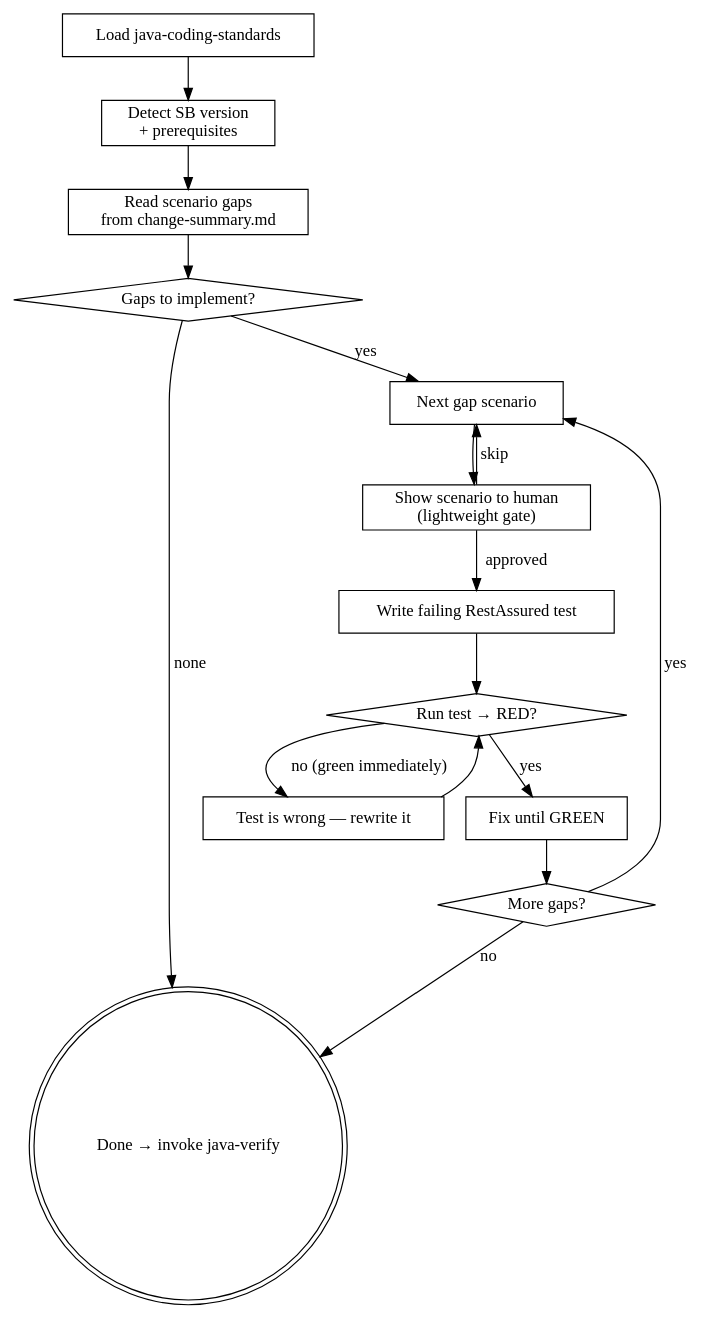
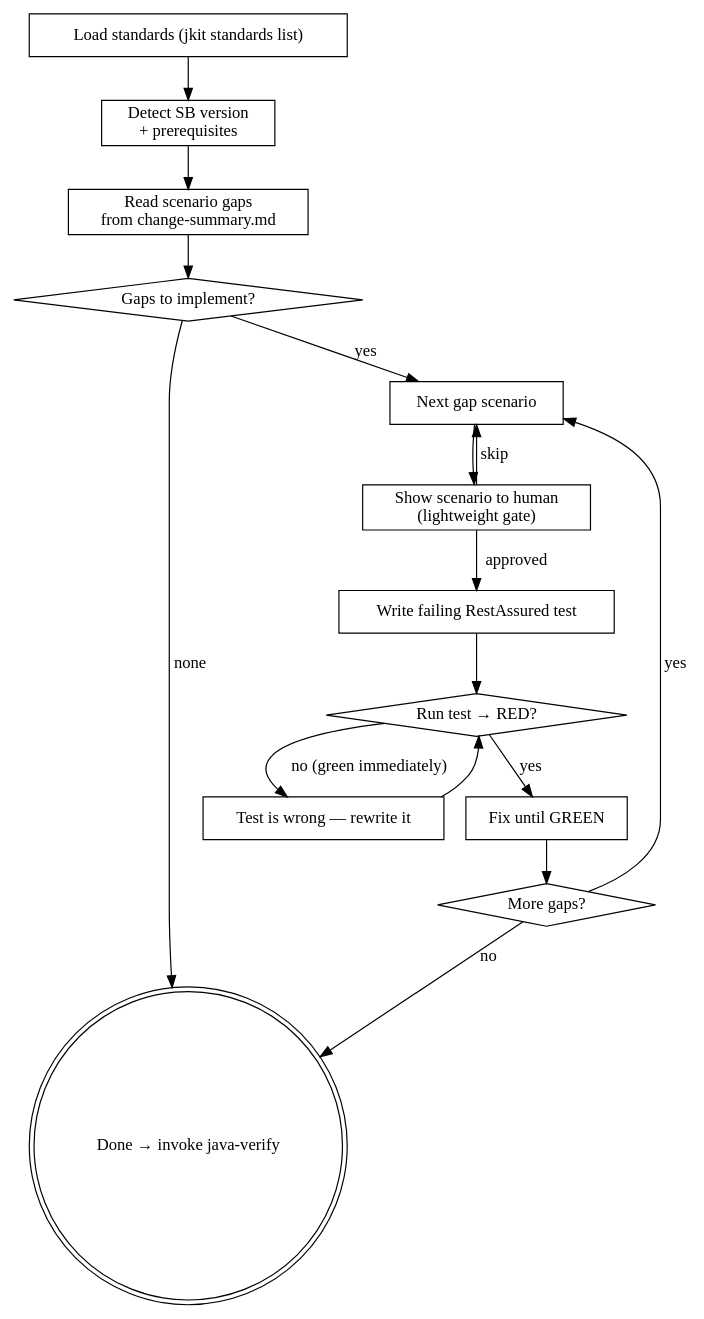
The first of 2 diagrams in docs/superpowers/specs/2026-04-21-jkit-iter3-quality-layer.md (honghaowuu/jkit), drawn with Graphviz before and after one commit. The commit also changed other lines of this file and 3 other files, not shown here.

First line of the commit message:
docs: update iter spec/plan citations to jkit standards list

````diff
--- a/docs/superpowers/specs/2026-04-21-jkit-iter3-quality-layer.md
+++ b/docs/superpowers/specs/2026-04-21-jkit-iter3-quality-layer.md
@@ -84,32 +84,32 @@
 ```dot
 digraph scenario_tdd {
-    "Load java-coding-standards" [shape=box];
+    "Load standards (jkit standards list)" [shape=box];
     "Detect SB version\n+ prerequisites" [shape=box];
     "Read scenario gaps\nfrom change-summary.md" [shape=box];
     "Gaps to implement?" [shape=diamond];
     "Done → invoke java-verify" [shape=doublecircle];
     "Next gap scenario" [shape=box];
     "Show scenario to human\n(lightweight gate)" [shape=box];
     "Write failing RestAssured test" [shape=box];
     "Run test → RED?" [shape=diamond];
     "Test is wrong — rewrite it" [shape=box];
     "Fix until GREEN" [shape=box];
     "More gaps?" [shape=diamond];
 
-    "Load java-coding-standards" -> "Detect SB version\n+ prerequisites";
+    "Load standards (jkit standards list)" -> "Detect SB version\n+ prerequisites";
     "Detect SB version\n+ prerequisites" -> "Read scenario gaps\nfrom change-summary.md";
     "Read scenario gaps\nfrom change-summary.md" -> "Gaps to implement?";
     "Gaps to implement?" -> "Done → invoke java-verify" [label="none"];
     "Gaps to implement?" -> "Next gap scenario" [label="yes"];
     "Next gap scenario" -> "Show scenario to human\n(lightweight gate)";
     "Show scenario to human\n(lightweight gate)" -> "Write failing RestAssured test" [label="approved"];
     "Show scenario to human\n(lightweight gate)" -> "Next gap scenario" [label="skip"];
     "Write failing RestAssured test" -> "Run test → RED?";
     "Run test → RED?" -> "Fix until GREEN" [label="yes"];
     "Run test → RED?" -> "Test is wrong — rewrite it" [label="no (green immediately)"];
     "Test is wrong — rewrite it" -> "Run test → RED?";
     "Fix until GREEN" -> "More gaps?";
     "More gaps?" -> "Next gap scenario" [label="yes"];
     "More gaps?" -> "Done → invoke java-verify" [label="no"];
 }
 ```
````
